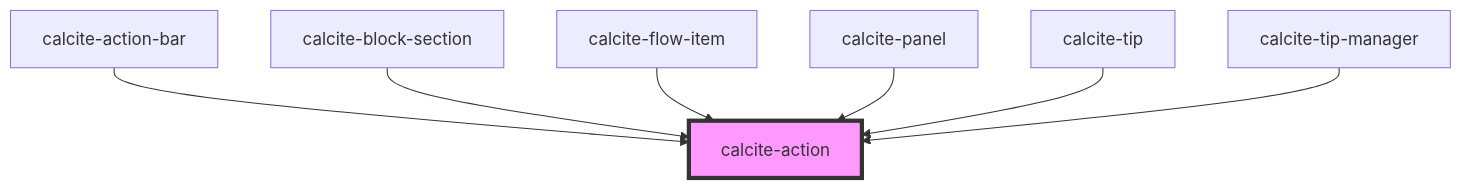
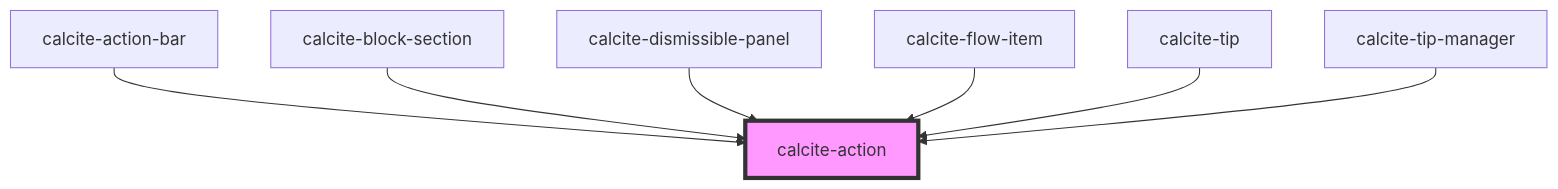
One commit to Esri/calcite-app-components changed the diagram in src/components/calcite-action/readme.md. Above: the diagram before and after it, drawn with Mermaid. The commit also changed other lines of this file and 4 other files, not shown here.

````diff
--- a/src/components/calcite-action/readme.md
+++ b/src/components/calcite-action/readme.md
@@ -35,10 +35,10 @@
 ```mermaid
 graph TD;
   calcite-action-bar --> calcite-action
   calcite-block-section --> calcite-action
+  calcite-dismissible-panel --> calcite-action
   calcite-flow-item --> calcite-action
-  calcite-panel --> calcite-action
   calcite-tip --> calcite-action
   calcite-tip-manager --> calcite-action
   style calcite-action fill:#f9f,stroke:#333,stroke-width:4px
 ```
````
